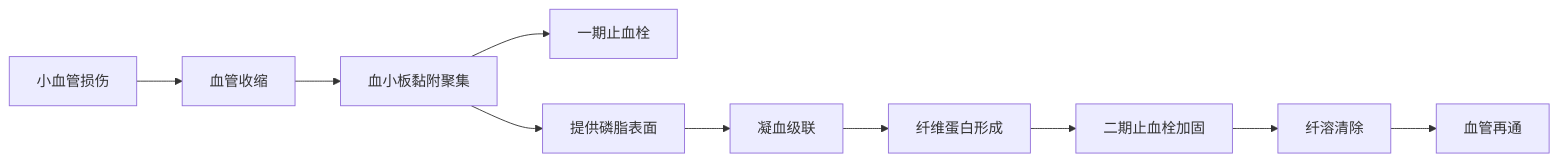
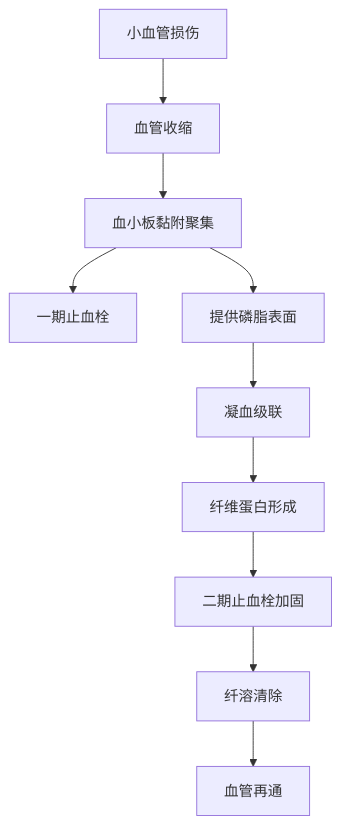
One commit to huangning-ring/obsidian-vault changed the first of 17 diagrams in 复习/血液系统/血液系统三日冲刺讲义_内科学第10版校订_机制内嵌版/03_Day3_止血输血与血液药理.md. Above: the diagram before and after it, drawn with Mermaid. The commit also changed 2 other files, not shown here.

Commit message:
vault backup: 2026-08-29 10:01:48

````diff
--- a/复习/血液系统/血液系统三日冲刺讲义_内科学第10版校订_机制内嵌版/03_Day3_止血输血与血液药理.md
+++ b/复习/血液系统/血液系统三日冲刺讲义_内科学第10版校订_机制内嵌版/03_Day3_止血输血与血液药理.md
@@ -18,12 +18,12 @@
 ```mermaid
-graph LR
+	graph TD
     A[小血管损伤] --> B[血管收缩]
     B --> C[血小板黏附聚集]
     C --> D[一期止血栓]
     C --> E[提供磷脂表面]
     E --> F[凝血级联]
     F --> G[纤维蛋白形成]
     G --> H[二期止血栓加固]
     H --> I[纤溶清除]
     I --> J[血管再通]
 ```
````
